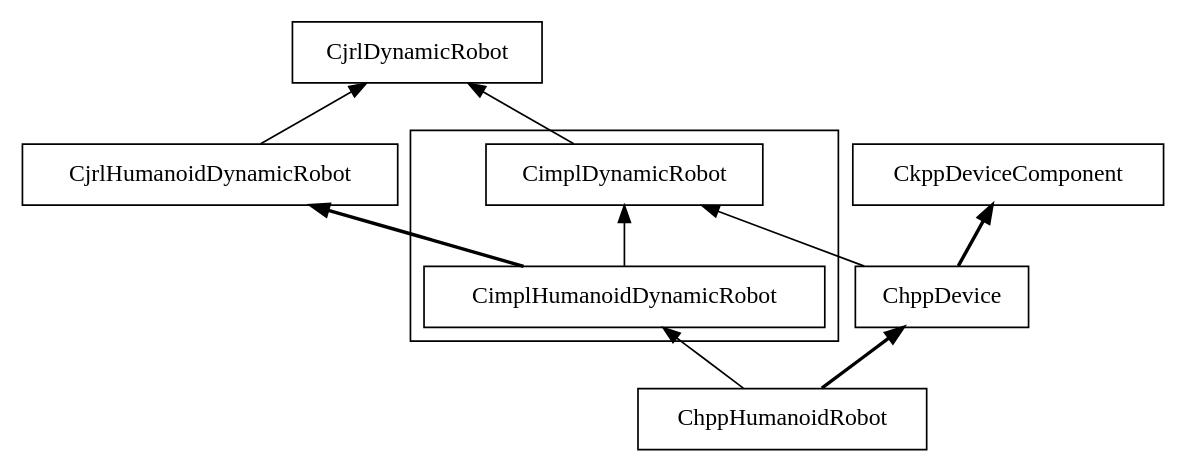
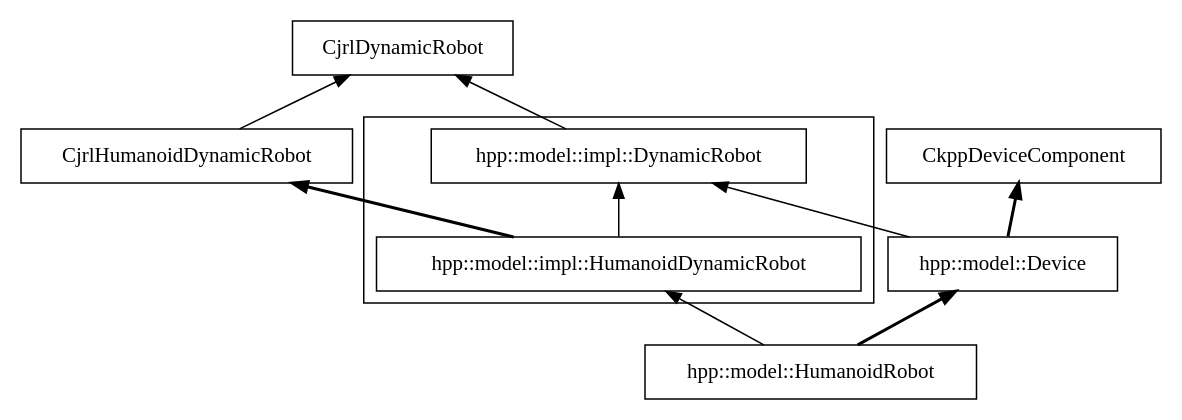
Before and after one commit to pFernbach/hpp-model: the diagram in doc/figures/classDiagramRobot.dot, drawn with Graphviz. The commit also changed other lines of this file and 31 other files, not shown here.

```diff
--- a/doc/figures/classDiagramRobot.dot
+++ b/doc/figures/classDiagramRobot.dot
@@ -1,23 +1,23 @@
 digraph CD  {
 	size = "8,15"
 	rankdir = BT
 	compound=true
-	CjrlDynamicRobot [shape = box] 
-	CjrlHumanoidDynamicRobot [shape = box] 
-	CjrlHumanoidDynamicRobot -> CjrlDynamicRobot;
-	CkppDeviceComponent [shape = box]
-	"ChppDevice" [shape = box]
-	"ChppHumanoidRobot" [shape = box]
-	"ChppDevice" -> CkppDeviceComponent [style = bold]
-	"ChppDevice" -> CimplDynamicRobot
-	"ChppHumanoidRobot" -> "ChppDevice" [style = bold]
-	"ChppHumanoidRobot" -> CimplHumanoidDynamicRobot 
+	"CjrlDynamicRobot" [shape = box]
+	"CjrlHumanoidDynamicRobot" [shape = box]
+	"CjrlHumanoidDynamicRobot" -> "CjrlDynamicRobot";
+	"CkppDeviceComponent" [shape = box]
+	"hpp::model::Device" [shape = box]
+	"hpp::model::HumanoidRobot" [shape = box]
+	"hpp::model::Device" -> "CkppDeviceComponent" [style = bold]
+	"hpp::model::Device" -> "hpp::model::impl::DynamicRobot"
+	"hpp::model::HumanoidRobot" -> "hpp::model::Device" [style = bold]
+	"hpp::model::HumanoidRobot" -> "hpp::model::impl::HumanoidDynamicRobot"
 
 	subgraph cluster0 {
-		CimplDynamicRobot [shape = box] 
-		CimplHumanoidDynamicRobot [shape = box]
+		"hpp::model::impl::DynamicRobot" [shape = box]
+		"hpp::model::impl::HumanoidDynamicRobot" [shape = box]
 	}
-	CimplDynamicRobot -> CjrlDynamicRobot
-	CimplHumanoidDynamicRobot -> CjrlHumanoidDynamicRobot [style = bold]
-	CimplHumanoidDynamicRobot -> CimplDynamicRobot
+	"hpp::model::impl::DynamicRobot" -> "CjrlDynamicRobot"
+	"hpp::model::impl::HumanoidDynamicRobot" -> "CjrlHumanoidDynamicRobot" [style = bold]
+	"hpp::model::impl::HumanoidDynamicRobot" -> "hpp::model::impl::DynamicRobot"
 }
```
